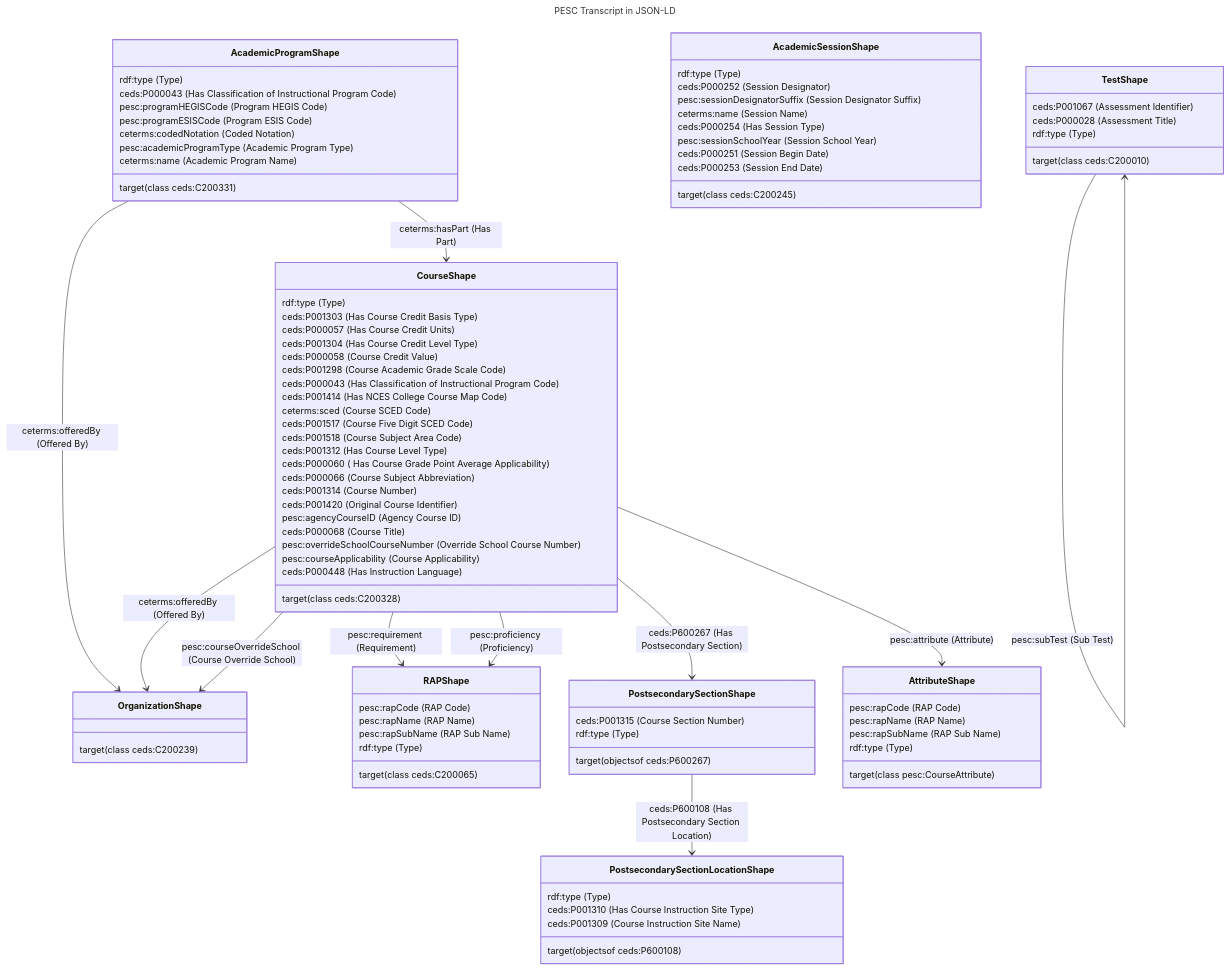
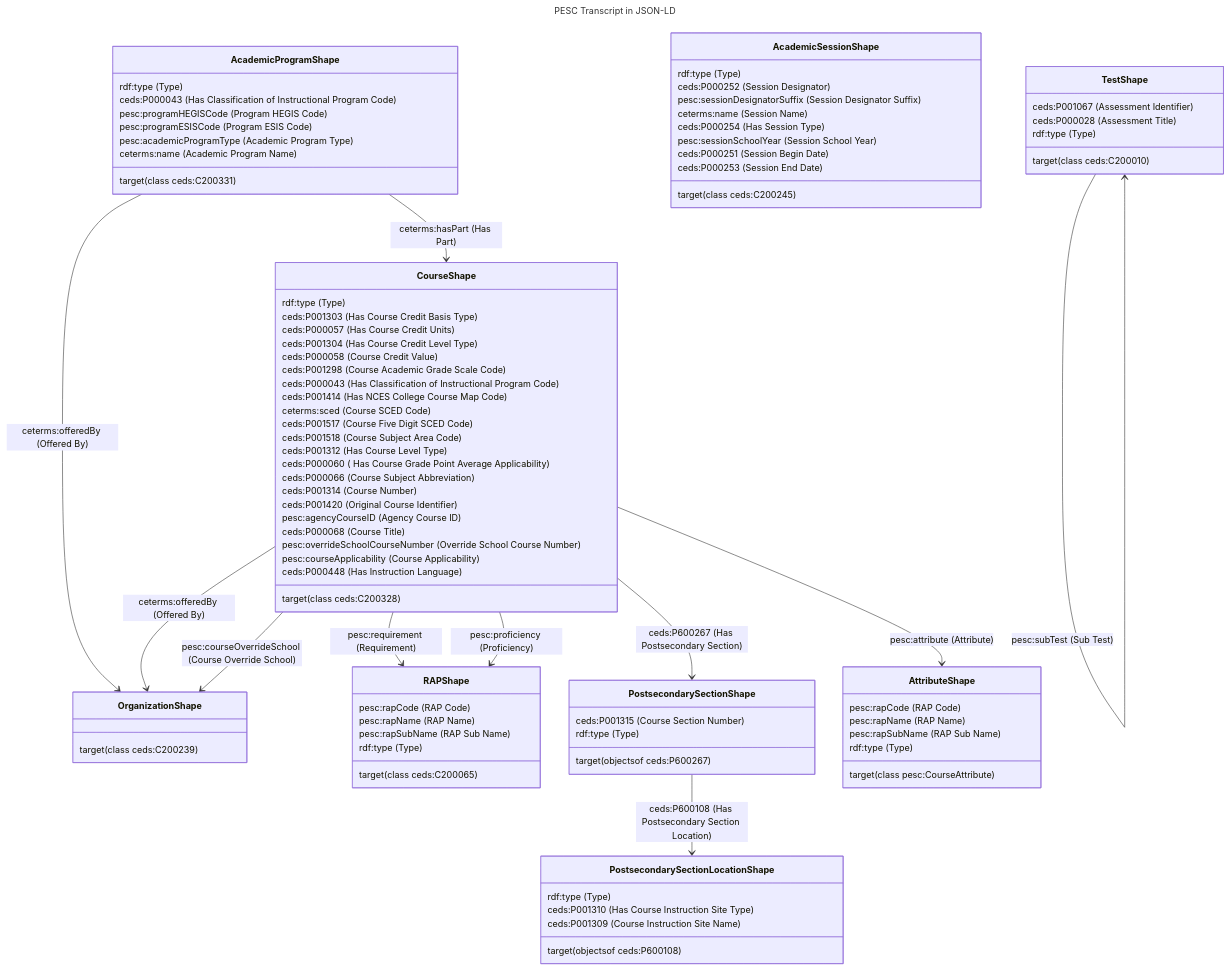
Before and after one commit to pesc-org/json-ld-transcript: the diagram in TAP+SHACL/course-related.md, drawn with Mermaid. The commit also changed 6 other files, not shown here.

Commit message:
remove codedNotation (for ProgramLocalCode) from AcademicProgram

```diff
--- a/TAP+SHACL/course-related.md
+++ b/TAP+SHACL/course-related.md
@@ -34,7 +34,6 @@
 	AcademicProgramShape : ceds#58;P000043 #40;Has Classification of Instructional Program Code#41;
 	AcademicProgramShape : pesc#58;programHEGISCode #40;Program HEGIS Code#41;
 	AcademicProgramShape : pesc#58;programESISCode #40;Program ESIS Code#41;
-	AcademicProgramShape : ceterms#58;codedNotation #40;Coded Notation#41;
 	AcademicProgramShape : pesc#58;academicProgramType #40;Academic Program Type#41;
 	AcademicProgramShape : ceterms#58;name #40;Academic Program Name#41;
 	AcademicSessionShape : rdf#58;type #40;Type#41;
```
